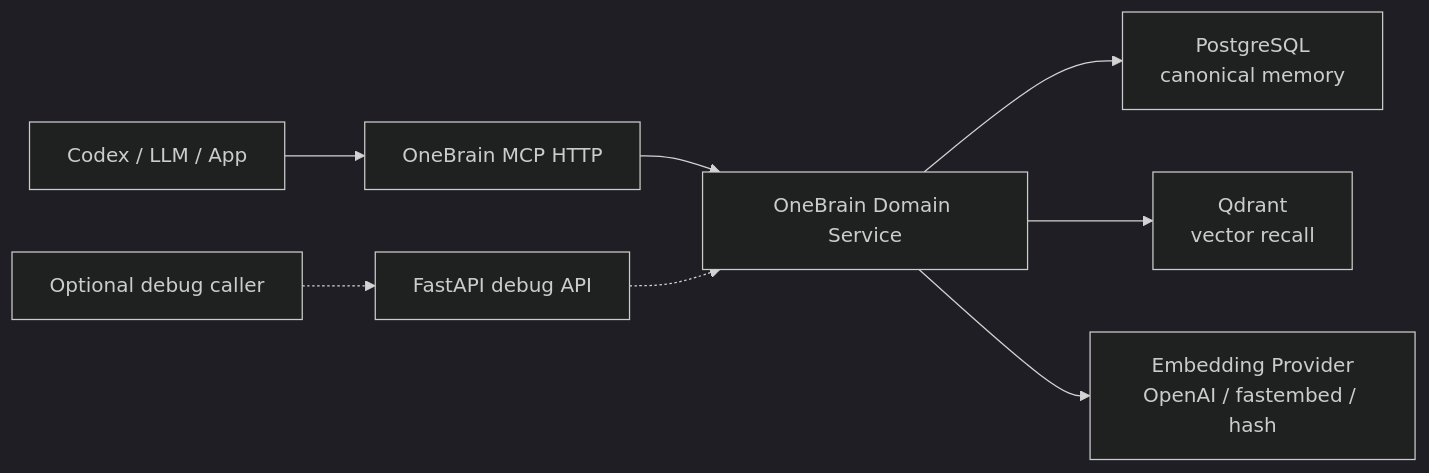
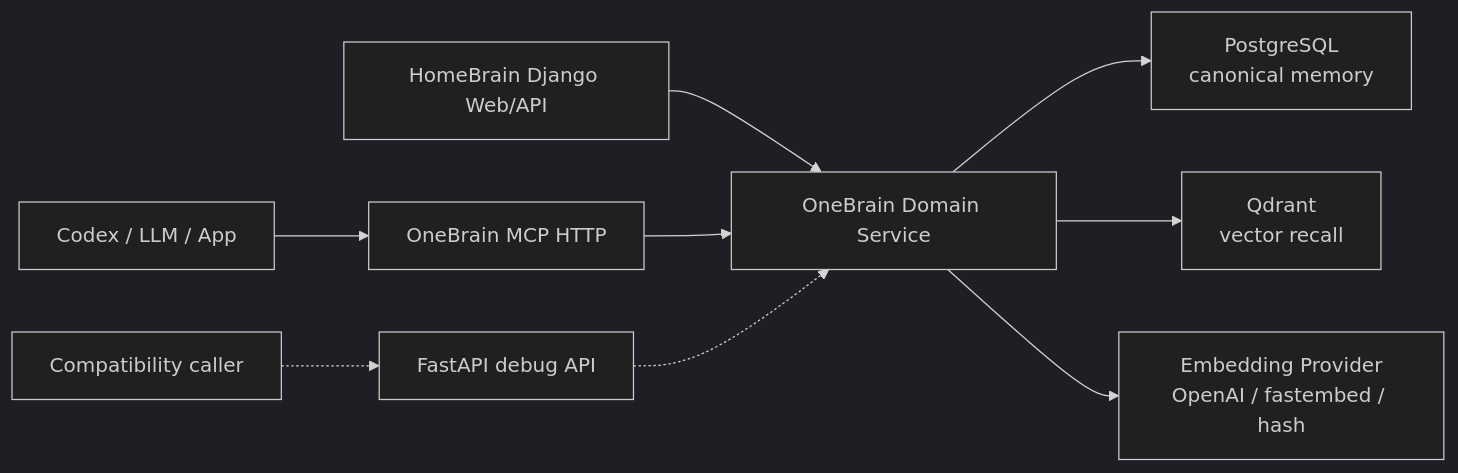
The diagram in README.md (viamus/one-brain), drawn with Mermaid (dark theme) before and after one commit. The commit also changed other lines of this file and 29 other files, not shown here.

````diff
--- a/README.md
+++ b/README.md
@@ -22,10 +23,11 @@
 ```mermaid
 flowchart LR
     Client["Codex / LLM / App"] --> MCP["OneBrain MCP HTTP"]
-    Debug["Optional debug caller"] -.-> API["FastAPI debug API"]
-    MCP --> Service["OneBrain Domain Service"]
+    Web["HomeBrain Django Web/API"] --> Service["OneBrain Domain Service"]
+    Debug["Compatibility caller"] -.-> API["FastAPI debug API"]
+    MCP --> Service
     API -.-> Service
     Service --> Postgres["PostgreSQL<br/>canonical memory"]
     Service --> Qdrant["Qdrant<br/>vector recall"]
     Service --> Embed["Embedding Provider<br/>OpenAI / fastembed / hash"]
 ```
````
